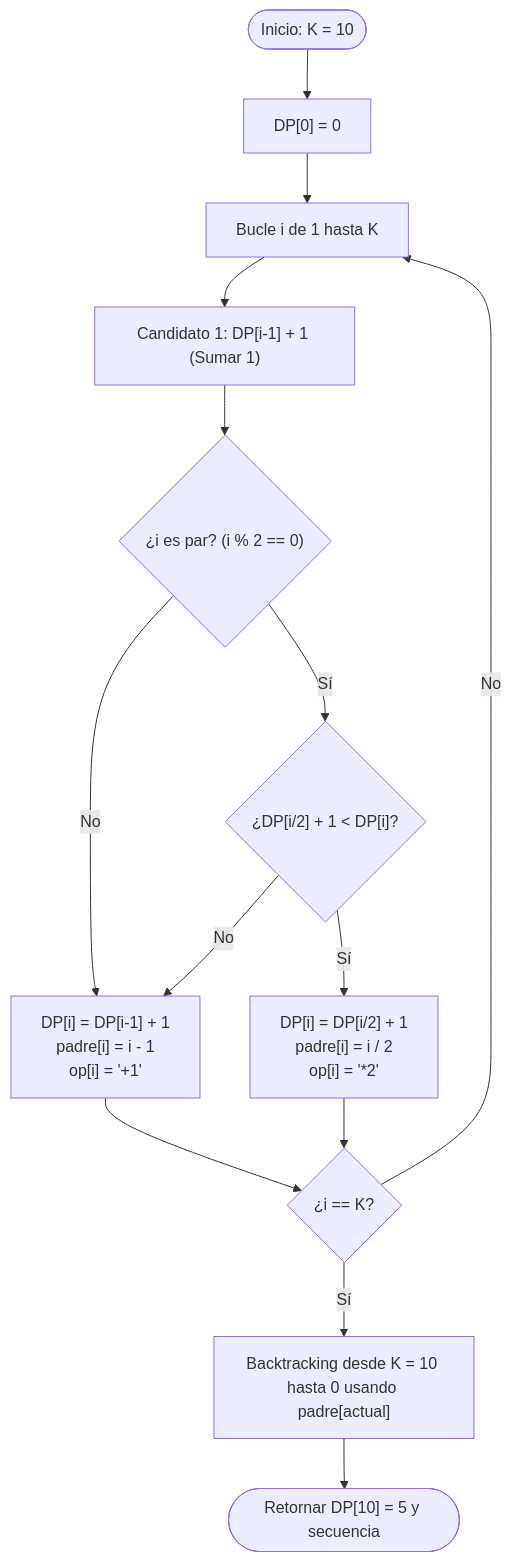
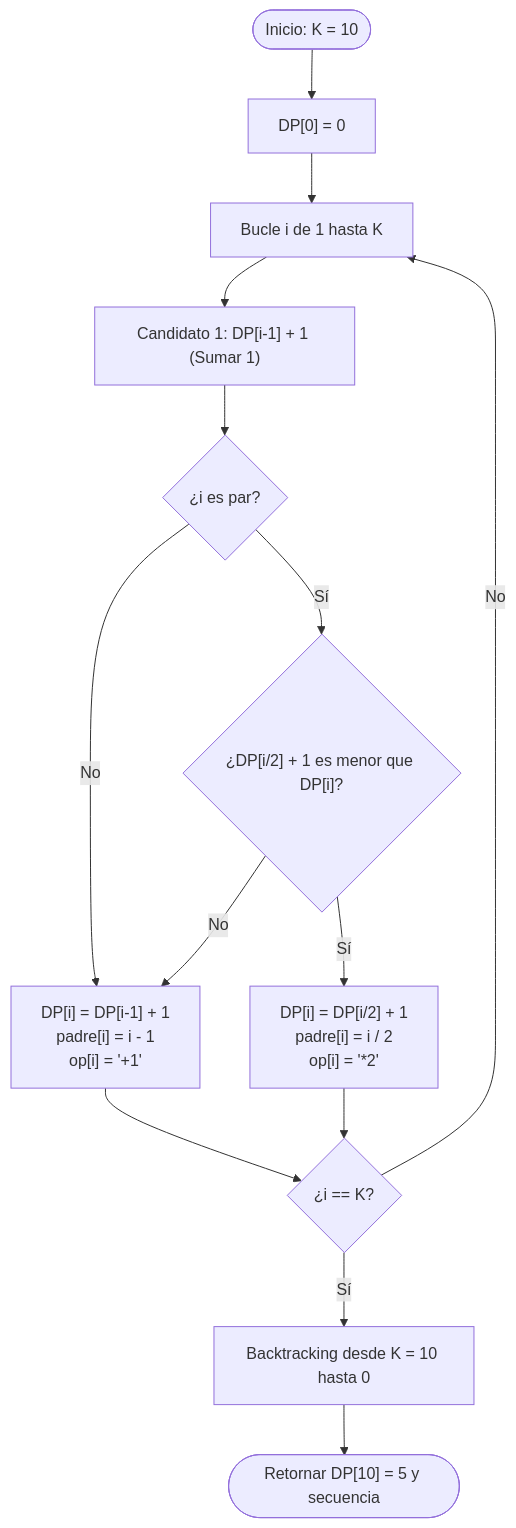
One commit to nbrian96/tda-2C2026-material changed the first of 2 diagrams in guia_tda_parciales.md. Above: the diagram before and after it, drawn with Mermaid. The commit also changed other lines of this file and 14 other files, not shown here.

Commit message:
feat: profundizacion ej13, correccion mermaid/katex y modularizacion html para github pages

````diff
--- a/guia_tda_parciales.md
+++ b/guia_tda_parciales.md
@@ -1313,16 +1310,16 @@
 ```mermaid
 flowchart TD
     A(["Inicio: K = 10"]) --> B["DP[0] = 0"]
     B --> C["Bucle i de 1 hasta K"]
     C --> D["Candidato 1: DP[i-1] + 1 (Sumar 1)"]
-    D --> E{"¿i es par? (i % 2 == 0)"}
+    D --> E{"¿i es par?"}
     E -- No --> F["DP[i] = DP[i-1] + 1<br/>padre[i] = i - 1<br/>op[i] = '+1'"]
-    E -- Sí --> G{"¿DP[i/2] + 1 < DP[i]?"}
+    E -- Sí --> G{"¿DP[i/2] + 1 es menor que DP[i]?"}
     G -- Sí --> H["DP[i] = DP[i/2] + 1<br/>padre[i] = i / 2<br/>op[i] = '*2'"]
     G -- No --> F
     F --> I{"¿i == K?"}
     H --> I
     I -- No --> C
-    I -- Sí --> J["Backtracking desde K = 10 hasta 0 usando padre[actual]"]
+    I -- Sí --> J["Backtracking desde K = 10 hasta 0"]
     J --> K(["Retornar DP[10] = 5 y secuencia"])
 ```
````
